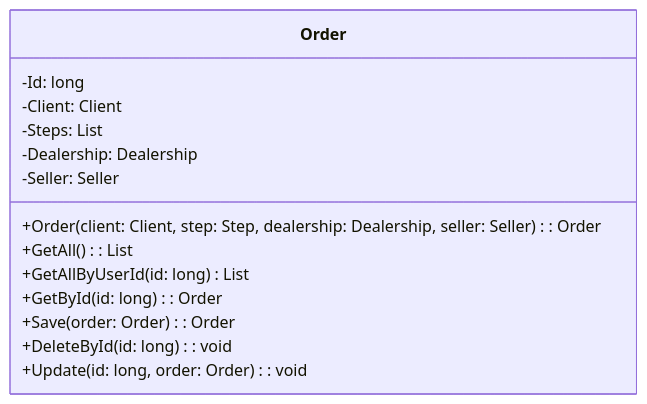
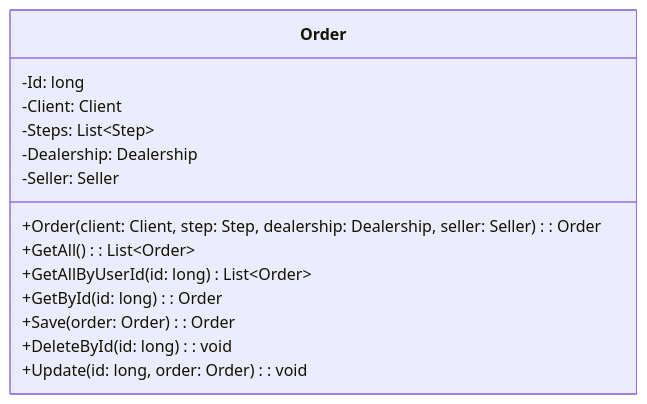
One commit to AndreLucas0/diagrama-de-classes-projeto-integrador changed diagram 17 of 17 in Classes.md. Above: the diagram before and after it, drawn with Mermaid. The commit also changed other lines of this file, not shown here.

````diff
--- a/Classes.md
+++ b/Classes.md
@@ -264,17 +264,17 @@
 ```mermaid
 classDiagram
     class Order {
         -Id: long
         -Client: Client
-        -Steps: List<Step>
+        -Steps: List&lt;Step&gt;
         -Dealership: Dealership
         -Seller: Seller
         +Order (client: Client, step: Step, dealership: Dealership, seller: Seller): Order
-        +GetAll (): List<Order>
-        +GetAllByUserId (id: long) List<Order>
+        +GetAll (): List&lt;Order&gt;
+        +GetAllByUserId (id: long) List&lt;Order&gt;
         +GetById (id: long): Order
         +Save (order: Order): Order
         +DeleteById (id: long): void
         +Update (id: long, order: Order): void
     }
 ```
````
